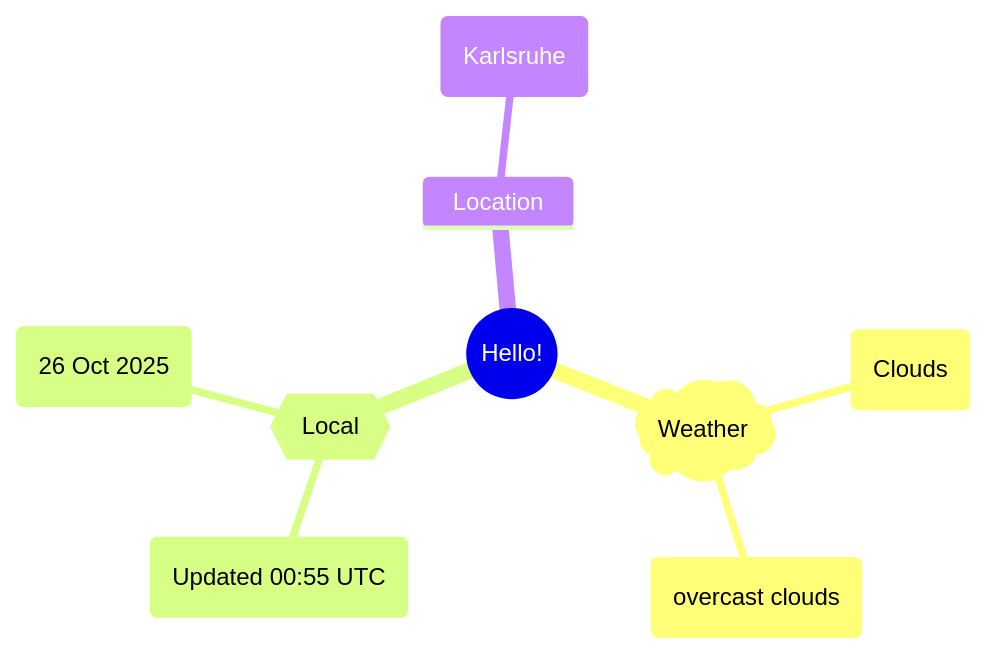
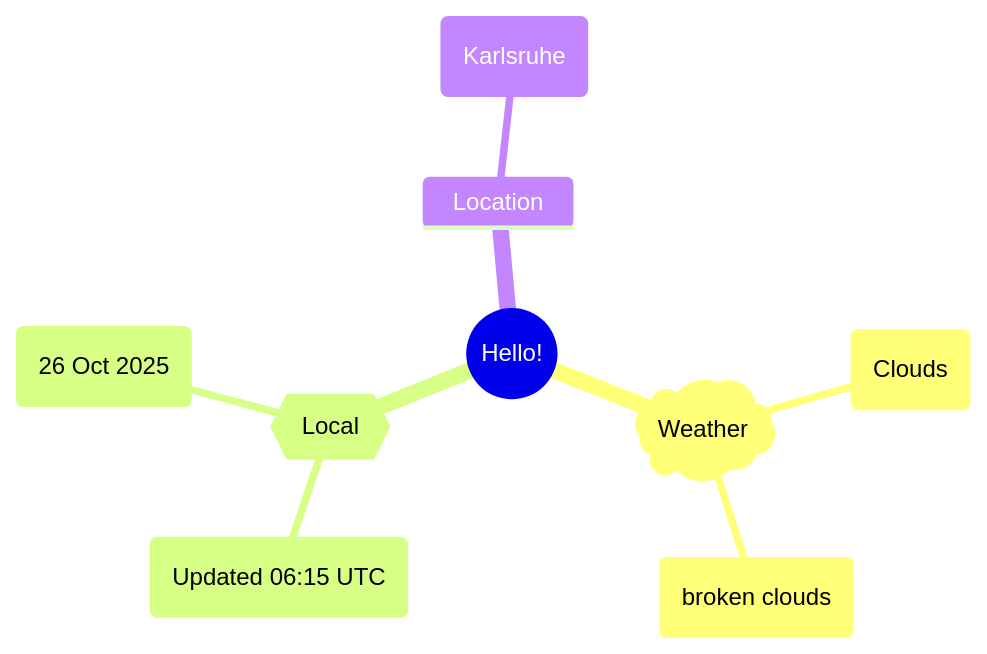
Before and after one commit to Xosrov/Xosrov: the first of 2 diagrams in README.md, drawn with Mermaid.

Commit message:
[bot] updated images

````diff
--- a/README.md
+++ b/README.md
@@ -3,12 +3,12 @@
 ```mermaid
 mindmap
   root((Hello!))
     )Weather(
         (Clouds)
-        (overcast clouds)
+        (broken clouds)
     {{Local}}
-        (Updated 00:55 UTC)
+        (Updated 06:15 UTC)
         (26 Oct 2025)
     Location
         (Karlsruhe)
 ```
````
